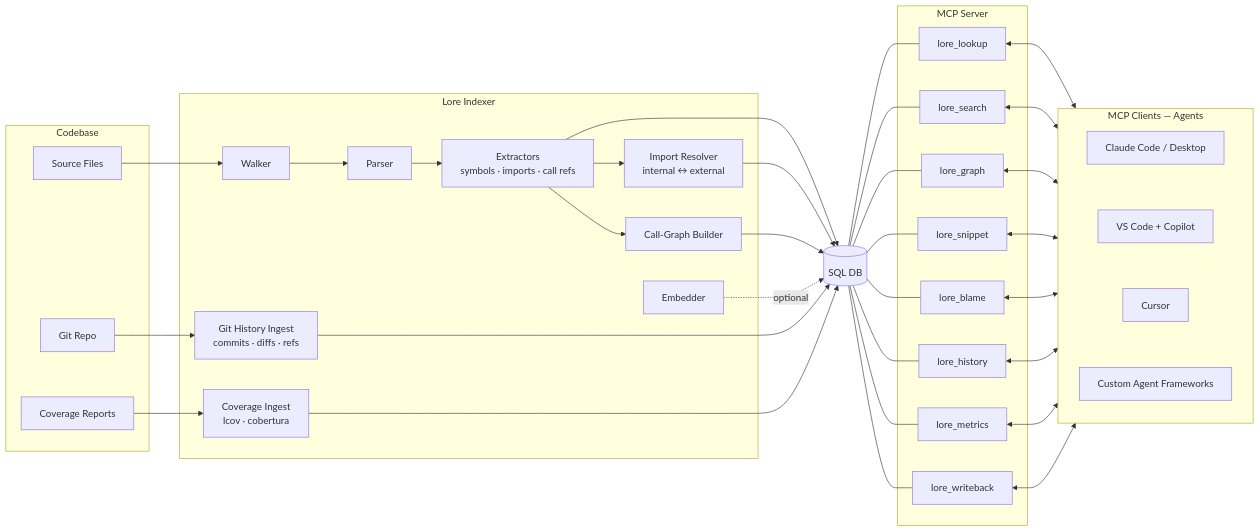
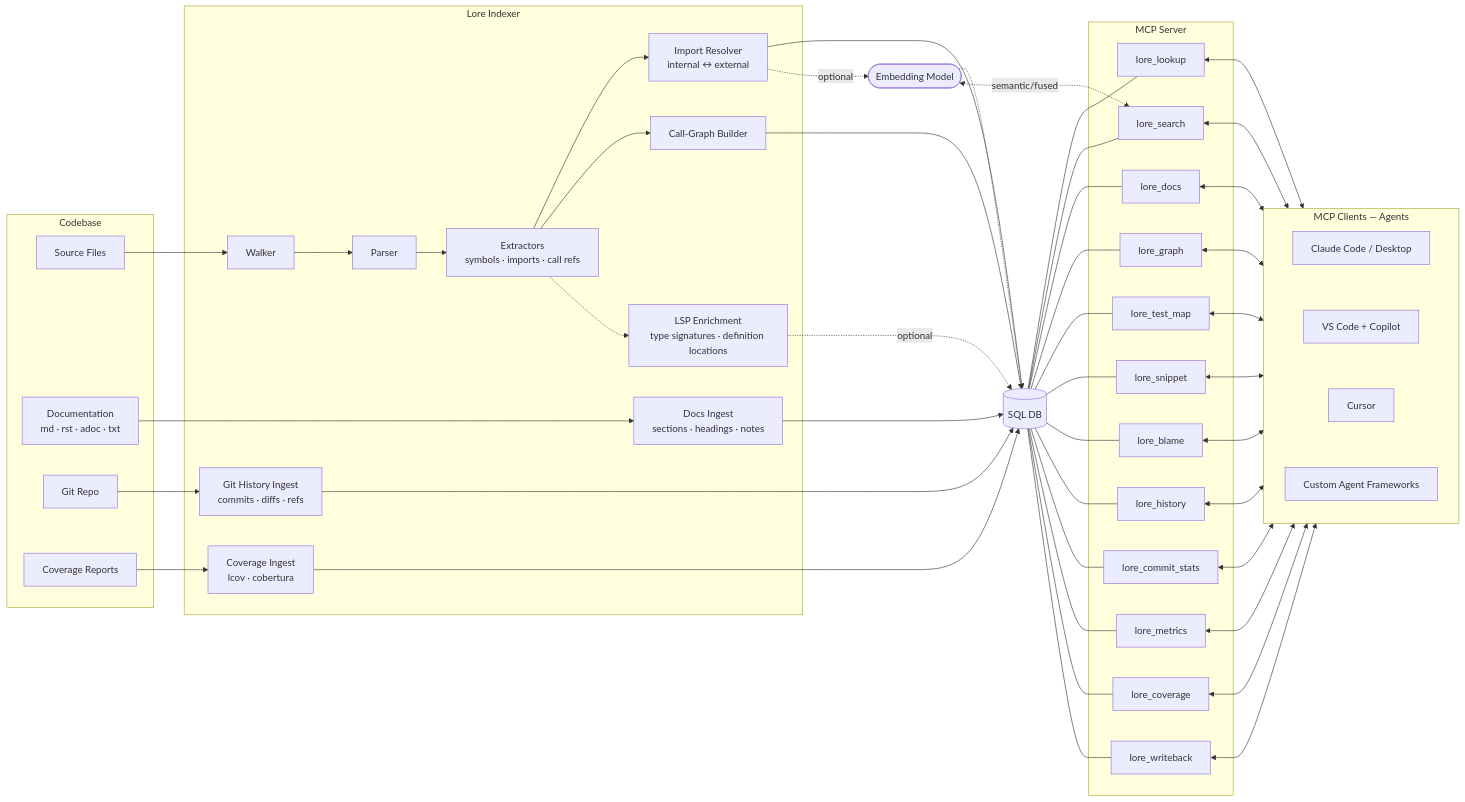
One commit to jafreck/Lore changed the diagram in README.md. Above: the diagram before and after it, drawn with Mermaid. The commit also changed other lines of this file, not shown here.

Commit message:
docs: restructure README with unified data ingestion section and consolidated MCP tools table (#101)

````diff
--- a/README.md
+++ b/README.md
@@ -28,51 +28,60 @@
 ```mermaid
 flowchart LR
     subgraph Codebase
         SRC[Source Files]
+        DOCS[Documentation<br/>md · rst · adoc · txt]
         GIT[Git Repo]
         COV[Coverage Reports]
     end
 
     subgraph Lore Indexer
-        WALK[Walker]
-        PARSE[Parser]
-        EXTRACT[Extractors<br/>symbols · imports · call refs]
-        RESOLVE[Import Resolver<br/>internal ↔ external]
-        CALLGRAPH[Call-Graph Builder]
-        EMBED[Embedder]
+        WALK[Walker] --> PARSE[Parser] --> EXTRACT[Extractors<br/>symbols · imports · call refs]
+        EXTRACT --> RESOLVE[Import Resolver<br/>internal ↔ external]
+        EXTRACT --> CALLGRAPH[Call-Graph Builder]
+        EXTRACT -.-> LSPENRICH[LSP Enrichment<br/>type signatures · definition locations]
+        DOCSINGEST[Docs Ingest<br/>sections · headings · notes]
         GITHIST[Git History Ingest<br/>commits · diffs · refs]
         COVINGEST[Coverage Ingest<br/>lcov · cobertura]
     end
 
     DB[(SQL DB)]
+    EMBED([Embedding Model])
 
     subgraph MCP Server
         LOOKUP[lore_lookup]
         SEARCH[lore_search]
+        DOCS_TOOL[lore_docs]
         GRAPH[lore_graph]
+        TESTMAP[lore_test_map]
         SNIPPET[lore_snippet]
         BLAME[lore_blame]
         HISTORY[lore_history]
+        COMMITSTATS[lore_commit_stats]
         METRICS[lore_metrics]
+        COVERAGE[lore_coverage]
         WRITEBACK[lore_writeback]
     end
 
     subgraph MCP_CLIENTS[MCP Clients — Agents]
         CLAUDE_CODE[Claude Code / Desktop]
         COPILOT[VS Code + Copilot]
         CURSOR[Cursor]
         CUSTOM[Custom Agent Frameworks]
         CLAUDE_CODE ~~~ COPILOT ~~~ CURSOR ~~~ CUSTOM
     end
 
-    SRC --> WALK --> PARSE --> EXTRACT
-    EXTRACT --> RESOLVE & CALLGRAPH
-    EXTRACT & RESOLVE & CALLGRAPH --> DB
-    EMBED -.->|optional| DB
+    SRC --> WALK
+    DOCS --> DOCSINGEST --> DB
     GIT --> GITHIST --> DB
     COV --> COVINGEST --> DB
 
-    DB --- LOOKUP & SEARCH & GRAPH & SNIPPET & BLAME & HISTORY & METRICS & WRITEBACK
+    RESOLVE & CALLGRAPH --> DB
+    LSPENRICH -.->|optional| DB
+    RESOLVE -.->|optional| EMBED
+    EMBED -.-> DB
 
-    LOOKUP & SEARCH & GRAPH & SNIPPET & BLAME & HISTORY & METRICS & WRITEBACK <--> MCP_CLIENTS
+    DB --- LOOKUP & SEARCH & DOCS_TOOL & GRAPH & TESTMAP & SNIPPET & BLAME & HISTORY & COMMITSTATS & METRICS & COVERAGE & WRITEBACK
+    EMBED <-.->|semantic/fused| SEARCH
+
+    LOOKUP & SEARCH & DOCS_TOOL & GRAPH & TESTMAP & SNIPPET & BLAME & HISTORY & COMMITSTATS & METRICS & COVERAGE & WRITEBACK <--> MCP_CLIENTS
 ```
````
